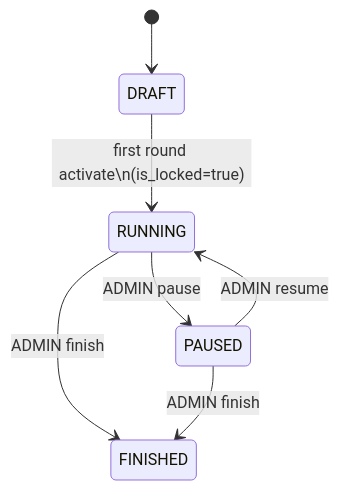
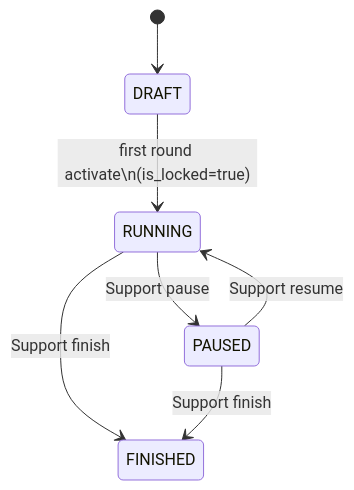
The fifth of 10 diagrams in manuals/ARCHITECTURE.md (VladimirPyat/football_prog), drawn with Mermaid before and after one commit. The commit also changed other lines of this file and 61 other files, not shown here.

Commit message:
rename admin to support

````diff
--- a/manuals/ARCHITECTURE.md
+++ b/manuals/ARCHITECTURE.md
@@ -207,9 +207,9 @@
 ```mermaid
 stateDiagram-v2
     [*] --> DRAFT
     DRAFT --> RUNNING : first round activate\n(is_locked=true)
-    RUNNING --> PAUSED : ADMIN pause
-    PAUSED --> RUNNING : ADMIN resume
-    RUNNING --> FINISHED : ADMIN finish
-    PAUSED --> FINISHED : ADMIN finish
+    RUNNING --> PAUSED : Support pause
+    PAUSED --> RUNNING : Support resume
+    RUNNING --> FINISHED : Support finish
+    PAUSED --> FINISHED : Support finish
 ```
````
